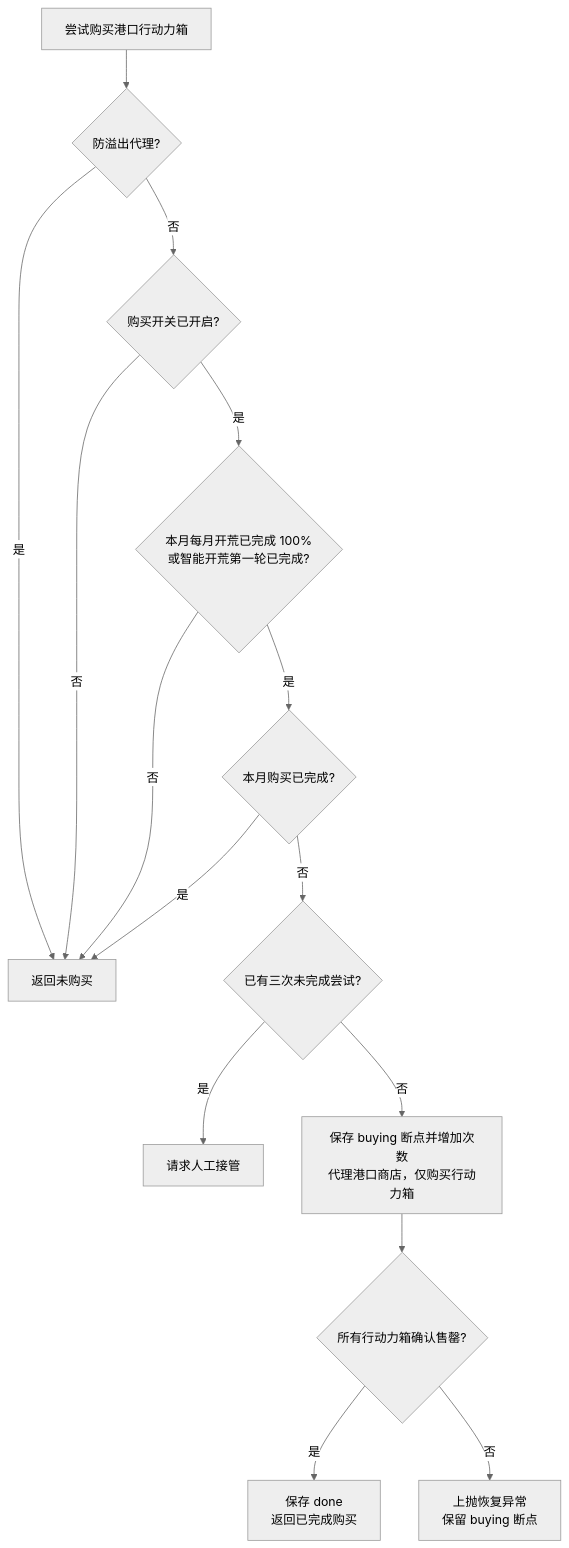
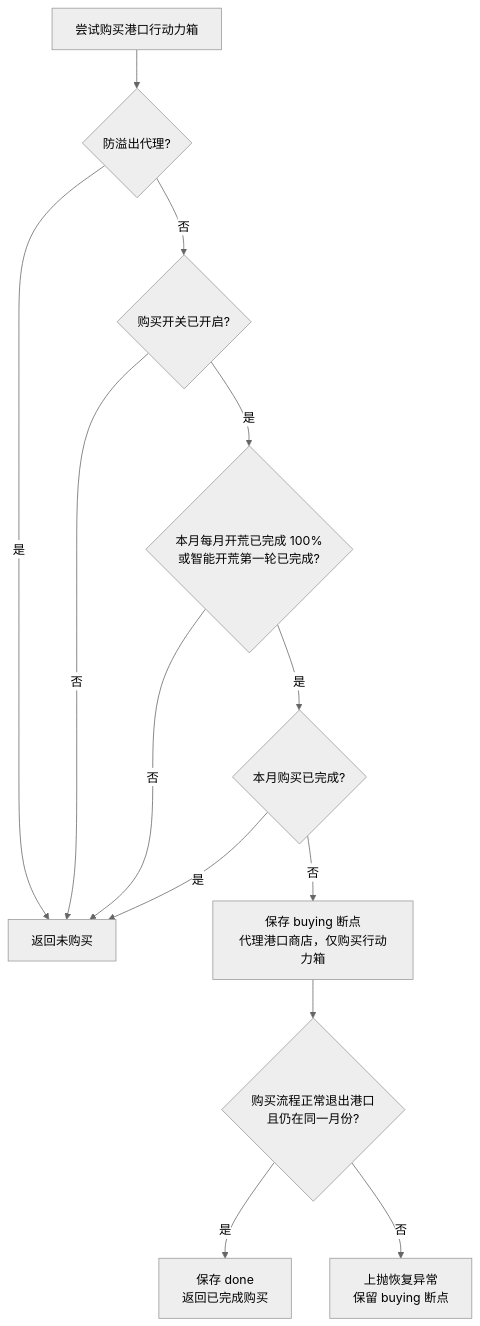
One commit to Beatrice-betty/AzurPilot changed the second of 8 diagrams in docs/modules/os/scheduling-flowchart.md. Above: the diagram before and after it, drawn with Mermaid (neutral theme). The commit also changed other lines of this file and 10 other files, not shown here.

````diff
--- a/docs/modules/os/scheduling-flowchart.md
+++ b/docs/modules/os/scheduling-flowchart.md
@@ -60,17 +60,15 @@
 ```mermaid
 flowchart TD
     A[尝试购买港口行动力箱] --> OVER{防溢出代理?}
     OVER -->|是| SKIP[返回未购买]
     OVER -->|否| ENABLE{购买开关已开启?}
     ENABLE -->|否| SKIP
     ENABLE -->|是| READY{本月每月开荒已完成 100%<br/>或智能开荒第一轮已完成?}
     READY -->|否| SKIP
     READY -->|是| DONE{本月购买已完成?}
     DONE -->|是| SKIP
-    DONE -->|否| RETRY{已有三次未完成尝试?}
-    RETRY -->|是| HUMAN[请求人工接管]
-    RETRY -->|否| RUN[保存 buying 断点并增加次数<br/>代理港口商店，仅购买行动力箱]
-    RUN --> CHECK{所有行动力箱确认售罄?}
+    DONE -->|否| RUN[保存 buying 断点<br/>代理港口商店，仅购买行动力箱]
+    RUN --> CHECK{购买流程正常退出港口<br/>且仍在同一月份?}
     CHECK -->|是| SAVE[保存 done<br/>返回已完成购买]
     CHECK -->|否| FAIL[上抛恢复异常<br/>保留 buying 断点]
 ```
````
